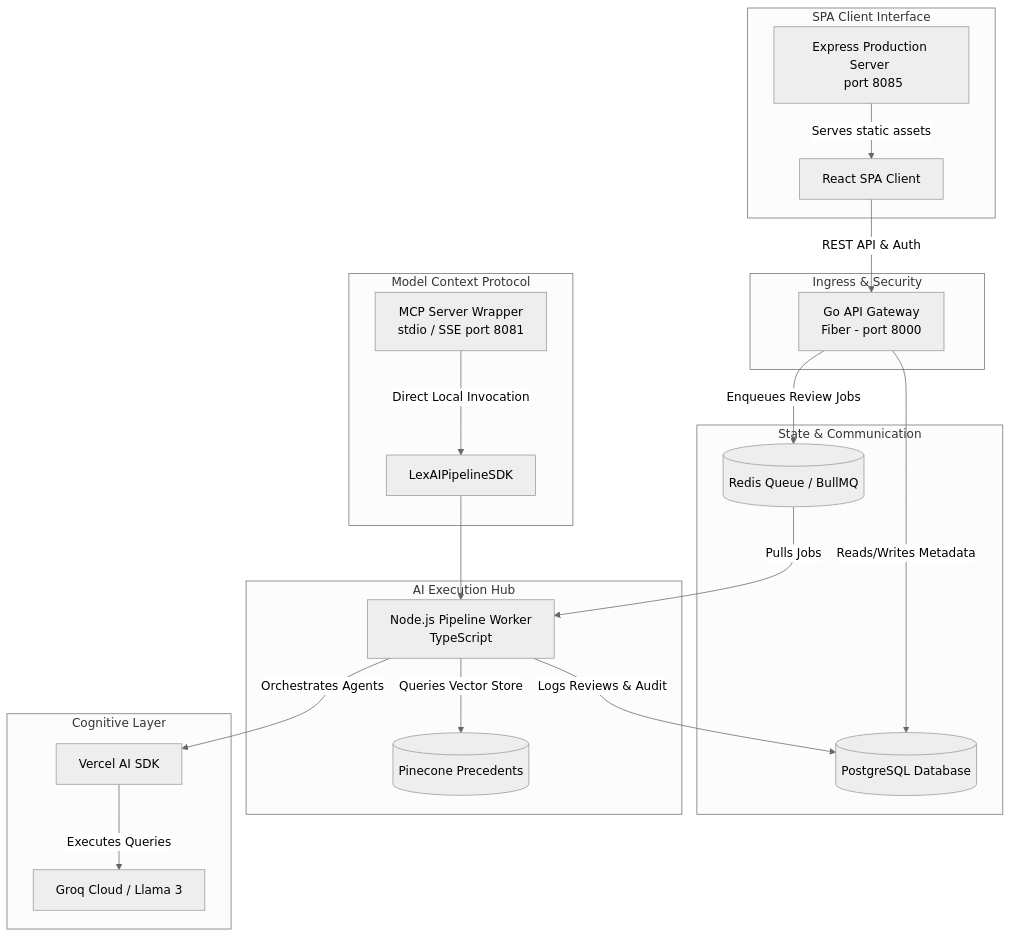
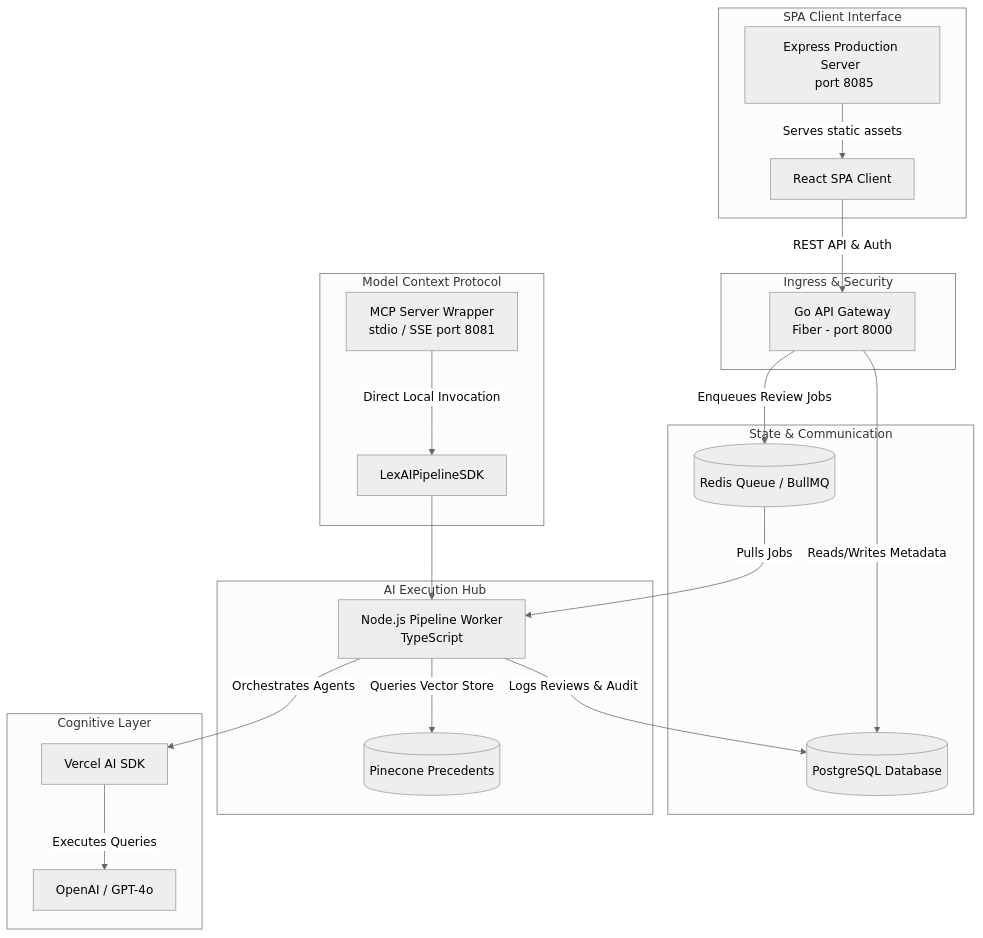
The diagram in README.md (Harshitraiii2005/legal-contract-pipeline), drawn with Mermaid (neutral theme) before and after one commit. The commit also changed other lines of this file and 9 other files, not shown here.

````diff
--- a/README.md
+++ b/README.md
@@ -25,40 +25,40 @@
 ```mermaid
 graph TD
     subgraph Frontend Layer [SPA Client Interface]
         FE[React SPA Client]
         EX[Express Production Server <br> port 8085]
         EX -->|Serves static assets| FE
     end
 
     subgraph Gateway Layer [Ingress & Security]
         GW[Go API Gateway <br> Fiber - port 8000]
         FE -->|REST API & Auth| GW
     end
 
     subgraph Storage & Queues [State & Communication]
         DB[(PostgreSQL Database)]
         RD[(Redis Queue / BullMQ)]
         GW -->|Reads/Writes Metadata| DB
         GW -->|Enqueues Review Jobs| RD
     end
 
     subgraph Orchestration Worker [AI Execution Hub]
         WK[Node.js Pipeline Worker <br> TypeScript]
         RD -->|Pulls Jobs| WK
         WK -->|Queries Vector Store| PC[(Pinecone Precedents)]
         WK -->|Logs Reviews & Audit| DB
     end
 
     subgraph LLM Provider [Cognitive Layer]
         VC[Vercel AI SDK]
-        GQ[Groq Cloud / Llama 3]
+        GQ[OpenAI / GPT-4o]
         WK -->|Orchestrates Agents| VC
         VC -->|Executes Queries| GQ
     end
 
     subgraph External Interfaces [Model Context Protocol]
         MCP[MCP Server Wrapper <br> stdio / SSE port 8081]
         MCP -->|Direct Local Invocation| SDK[LexAIPipelineSDK]
         SDK --> WK
     end
 ```
````
